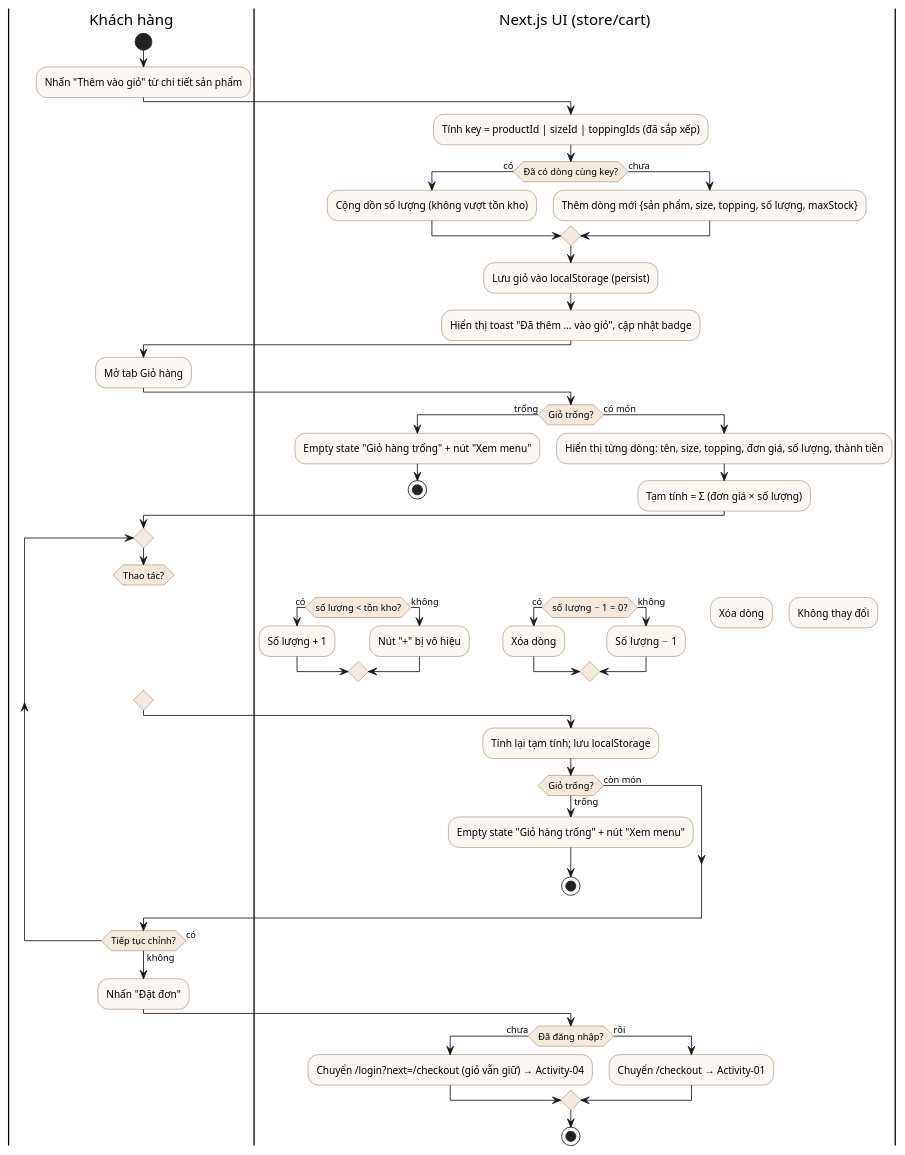
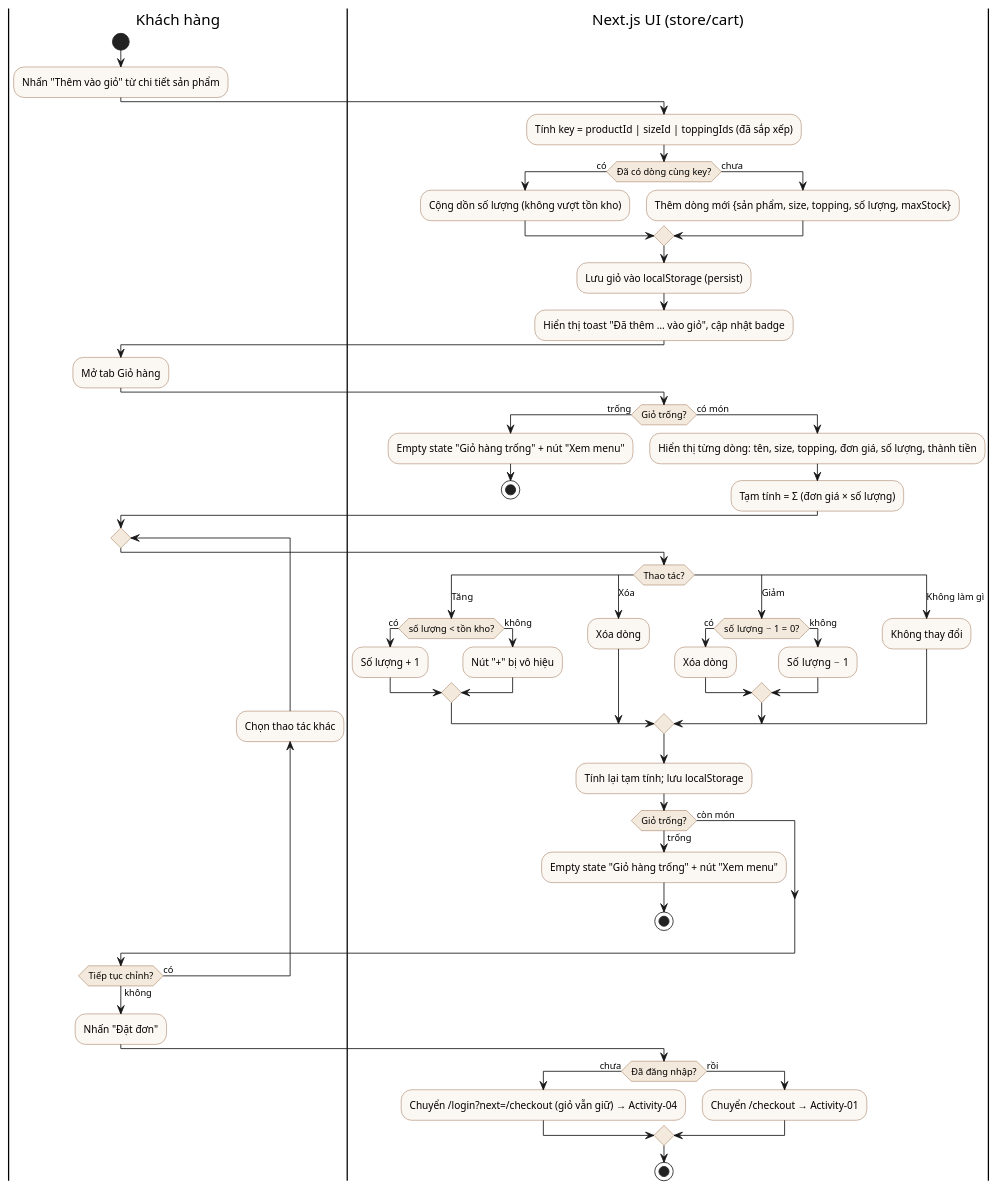
Before and after one commit to LHTCoder/brewlite: the diagram in docs/diagrams/activity-cart.puml, drawn with PlantUML. The commit also changed 8 other files, not shown here.

```diff
--- a/docs/diagrams/activity-cart.puml
+++ b/docs/diagrams/activity-cart.puml
@@ -1,69 +1,71 @@
 @startuml activity-cart
 ' Activity-03: Quản lý giỏ hàng và tính tổng tiền (FR-03)
 skinparam ActivityBackgroundColor #FBF7F2
 skinparam ActivityBorderColor #8A5733
 skinparam ActivityDiamondBackgroundColor #F3E9DC
 |Khách hàng|
 start
 :Nhấn "Thêm vào giỏ" từ chi tiết sản phẩm;
 |Next.js UI (store/cart)|
 :Tính key = productId | sizeId | toppingIds (đã sắp xếp);
 if (Đã có dòng cùng key?) then (có)
   :Cộng dồn số lượng (không vượt tồn kho);
 else (chưa)
   :Thêm dòng mới {sản phẩm, size, topping, số lượng, maxStock};
 endif
 :Lưu giỏ vào localStorage (persist);
 :Hiển thị toast "Đã thêm … vào giỏ", cập nhật badge;
 |Khách hàng|
 :Mở tab Giỏ hàng;
 |Next.js UI (store/cart)|
 if (Giỏ trống?) then (trống)
   :Empty state "Giỏ hàng trống" + nút "Xem menu";
   stop
 else (có món)
   :Hiển thị từng dòng: tên, size, topping, đơn giá, số lượng, thành tiền;
   :Tạm tính = Σ (đơn giá × số lượng);
 endif
 |Khách hàng|
 repeat
+  |Next.js UI (store/cart)|
   switch (Thao tác?)
   case (Tăng)
     |Next.js UI (store/cart)|
     if (số lượng < tồn kho?) then (có)
       :Số lượng + 1;
     else (không)
       :Nút "+" bị vô hiệu;
     endif
+  case (Xóa)
+    |Next.js UI (store/cart)|
+    :Xóa dòng;
   case (Giảm)
     |Next.js UI (store/cart)|
     if (số lượng − 1 = 0?) then (có)
       :Xóa dòng;
     else (không)
       :Số lượng − 1;
     endif
-  case (Xóa)
-    |Next.js UI (store/cart)|
-    :Xóa dòng;
   case (Không làm gì)
     |Next.js UI (store/cart)|
     :Không thay đổi;
   endswitch
   |Next.js UI (store/cart)|
   :Tính lại tạm tính; lưu localStorage;
   if (Giỏ trống?) then (trống)
     :Empty state "Giỏ hàng trống" + nút "Xem menu";
     stop
   else (còn món)
   endif
   |Khách hàng|
+backward :Chọn thao tác khác;
 repeat while (Tiếp tục chỉnh?) is (có) not (không)
 :Nhấn "Đặt đơn";
 |Next.js UI (store/cart)|
 if (Đã đăng nhập?) then (chưa)
   :Chuyển /login?next=/checkout (giỏ vẫn giữ) → Activity-04;
 else (rồi)
   :Chuyển /checkout → Activity-01;
 endif
 stop
 @enduml
```
